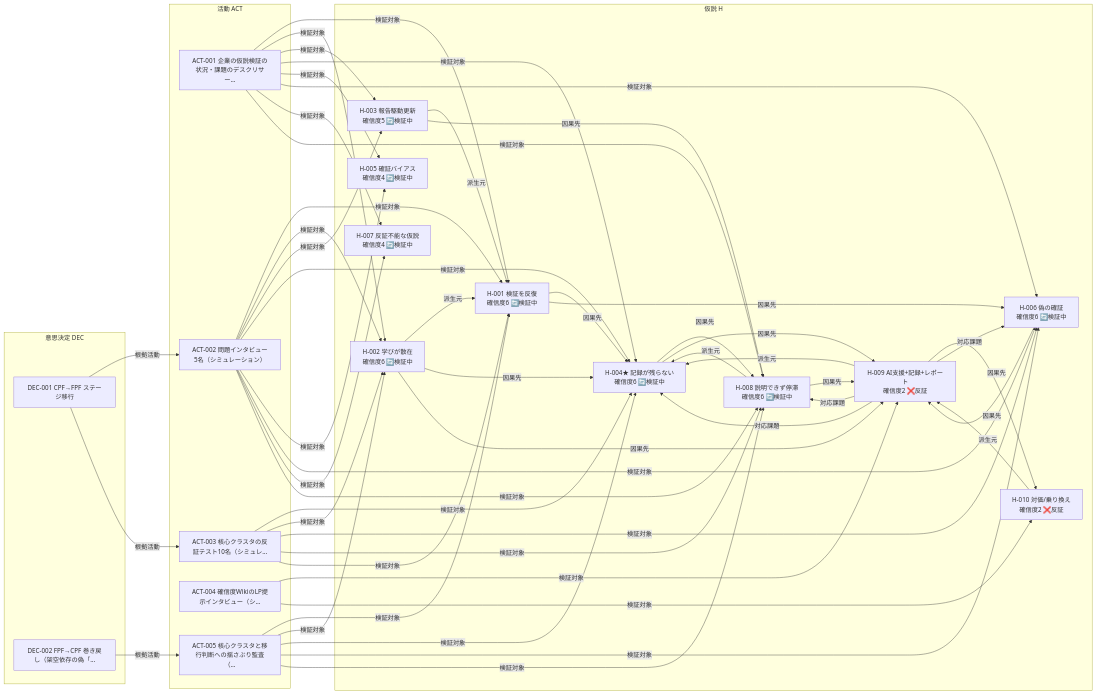
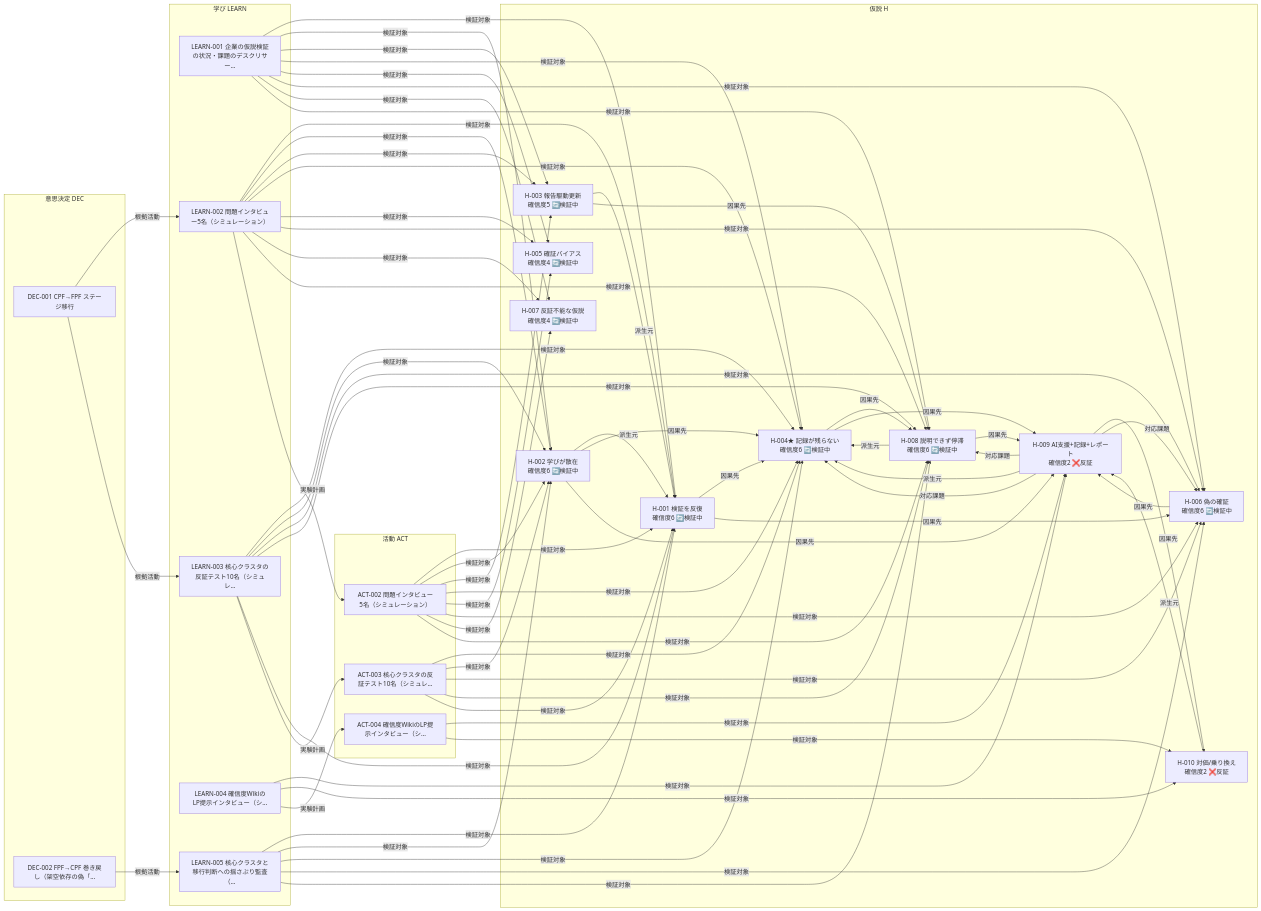
Before and after one commit to haru01/hypothesis-wiki: the diagram in projects/self/wiki/views/relations.md, drawn with Mermaid. The commit also changed other lines of this file and 70 other files, not shown here.

First line of the commit message:
活動レコードを「実験計画(ACT)」と「学び(LEARN)」に分割し、update→create へ寄せる (#28)

````diff
--- a/projects/self/wiki/views/relations.md
+++ b/projects/self/wiki/views/relations.md
@@ -22,11 +22,16 @@
       SELF_H_010["H-010 対価/乗り換え<br/>確信度2 ❌反証"]
     end
     subgraph ACT["活動 ACT"]
-      SELF_ACT_001["ACT-001 企業の仮説検証の状況・課題のデスクリサー…"]
       SELF_ACT_002["ACT-002 問題インタビュー5名（シミュレーション）"]
       SELF_ACT_003["ACT-003 核心クラスタの反証テスト10名（シミュレ…"]
       SELF_ACT_004["ACT-004 確信度WikiのLP提示インタビュー（シ…"]
-      SELF_ACT_005["ACT-005 核心クラスタと移行判断への揺さぶり監査（…"]
+    end
+    subgraph LEARN["学び LEARN"]
+      SELF_LEARN_001["LEARN-001 企業の仮説検証の状況・課題のデスクリサー…"]
+      SELF_LEARN_002["LEARN-002 問題インタビュー5名（シミュレーション）"]
+      SELF_LEARN_003["LEARN-003 核心クラスタの反証テスト10名（シミュレ…"]
+      SELF_LEARN_004["LEARN-004 確信度WikiのLP提示インタビュー（シ…"]
+      SELF_LEARN_005["LEARN-005 核心クラスタと移行判断への揺さぶり監査（…"]
     end
     subgraph DEC["意思決定 DEC"]
       SELF_DEC_001["DEC-001 CPF→FPF ステージ移行"]
@@ -50,14 +55,6 @@
     SELF_H_009 -->|対応課題| SELF_H_006
     SELF_H_009 -->|対応課題| SELF_H_008
     SELF_H_010 -->|派生元| SELF_H_009
-    SELF_ACT_001 -->|検証対象| SELF_H_001
-    SELF_ACT_001 -->|検証対象| SELF_H_002
-    SELF_ACT_001 -->|検証対象| SELF_H_003
-    SELF_ACT_001 -->|検証対象| SELF_H_004
-    SELF_ACT_001 -->|検証対象| SELF_H_005
-    SELF_ACT_001 -->|検証対象| SELF_H_006
-    SELF_ACT_001 -->|検証対象| SELF_H_007
-    SELF_ACT_001 -->|検証対象| SELF_H_008
     SELF_ACT_002 -->|検証対象| SELF_H_001
     SELF_ACT_002 -->|検証対象| SELF_H_002
     SELF_ACT_002 -->|検証対象| SELF_H_003
@@ -73,12 +70,38 @@
     SELF_ACT_003 -->|検証対象| SELF_H_001
     SELF_ACT_004 -->|検証対象| SELF_H_009
     SELF_ACT_004 -->|検証対象| SELF_H_010
-    SELF_ACT_005 -->|検証対象| SELF_H_001
-    SELF_ACT_005 -->|検証対象| SELF_H_002
-    SELF_ACT_005 -->|検証対象| SELF_H_004
-    SELF_ACT_005 -->|検証対象| SELF_H_006
-    SELF_ACT_005 -->|検証対象| SELF_H_008
-    SELF_DEC_001 -->|根拠活動| SELF_ACT_002
-    SELF_DEC_001 -->|根拠活動| SELF_ACT_003
-    SELF_DEC_002 -->|根拠活動| SELF_ACT_005
+    SELF_LEARN_001 -->|検証対象| SELF_H_001
+    SELF_LEARN_001 -->|検証対象| SELF_H_002
+    SELF_LEARN_001 -->|検証対象| SELF_H_003
+    SELF_LEARN_001 -->|検証対象| SELF_H_004
+    SELF_LEARN_001 -->|検証対象| SELF_H_005
+    SELF_LEARN_001 -->|検証対象| SELF_H_006
+    SELF_LEARN_001 -->|検証対象| SELF_H_007
+    SELF_LEARN_001 -->|検証対象| SELF_H_008
+    SELF_LEARN_002 -->|検証対象| SELF_H_001
+    SELF_LEARN_002 -->|検証対象| SELF_H_002
+    SELF_LEARN_002 -->|検証対象| SELF_H_003
+    SELF_LEARN_002 -->|検証対象| SELF_H_004
+    SELF_LEARN_002 -->|検証対象| SELF_H_005
+    SELF_LEARN_002 -->|検証対象| SELF_H_006
+    SELF_LEARN_002 -->|検証対象| SELF_H_007
+    SELF_LEARN_002 -->|検証対象| SELF_H_008
+    SELF_LEARN_002 -->|実験計画| SELF_ACT_002
+    SELF_LEARN_003 -->|検証対象| SELF_H_004
+    SELF_LEARN_003 -->|検証対象| SELF_H_002
+    SELF_LEARN_003 -->|検証対象| SELF_H_006
+    SELF_LEARN_003 -->|検証対象| SELF_H_008
+    SELF_LEARN_003 -->|検証対象| SELF_H_001
+    SELF_LEARN_003 -->|実験計画| SELF_ACT_003
+    SELF_LEARN_004 -->|検証対象| SELF_H_009
+    SELF_LEARN_004 -->|検証対象| SELF_H_010
+    SELF_LEARN_004 -->|実験計画| SELF_ACT_004
+    SELF_LEARN_005 -->|検証対象| SELF_H_001
+    SELF_LEARN_005 -->|検証対象| SELF_H_002
+    SELF_LEARN_005 -->|検証対象| SELF_H_004
+    SELF_LEARN_005 -->|検証対象| SELF_H_006
+    SELF_LEARN_005 -->|検証対象| SELF_H_008
+    SELF_DEC_001 -->|根拠活動| SELF_LEARN_002
+    SELF_DEC_001 -->|根拠活動| SELF_LEARN_003
+    SELF_DEC_002 -->|根拠活動| SELF_LEARN_005
 ```
````
